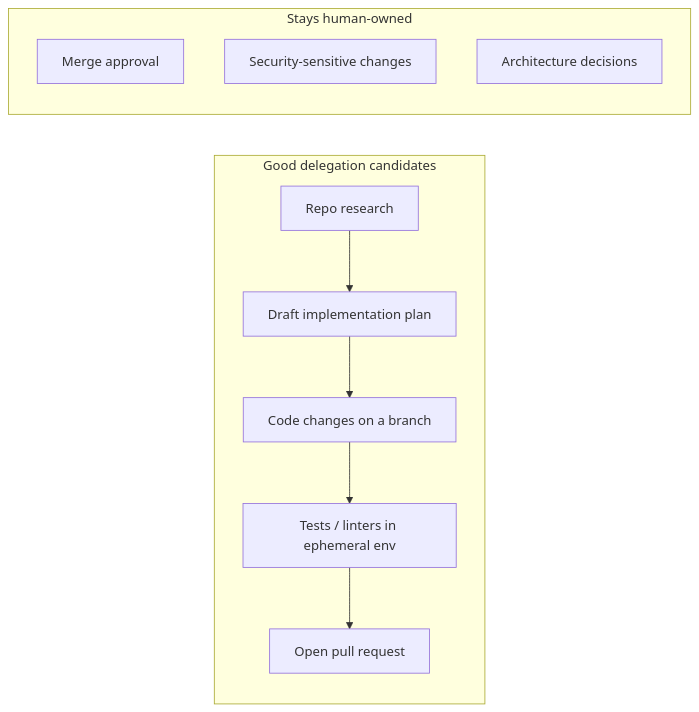
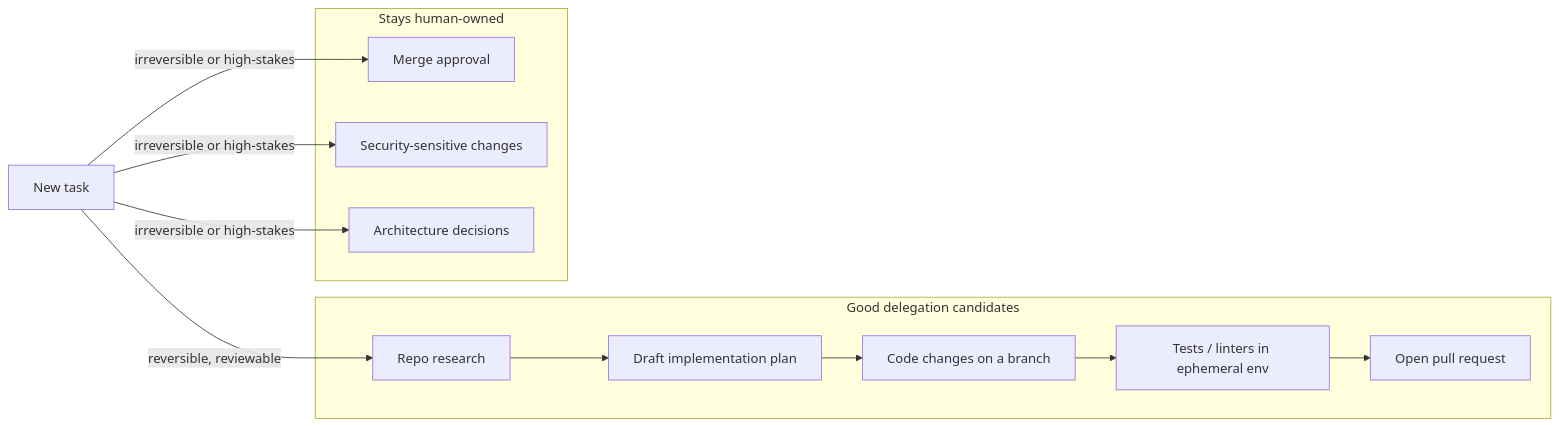
Before and after one commit to ajeetchouksey/ajch_skillup: the first of 2 diagrams in content/skillup/gh600/notes/gh600-d1-prepare-agent-architecture-and-sdlc-processes.md, drawn with Mermaid. The commit also changed other lines of this file and 6 other files, not shown here.

First line of the commit message:
fix(gh600): diagram-craft QA pass — fix violations, add captions to all 11 diagrams

````diff
--- a/content/skillup/gh600/notes/gh600-d1-prepare-agent-architecture-and-sdlc-processes.md
+++ b/content/skillup/gh600/notes/gh600-d1-prepare-agent-architecture-and-sdlc-processes.md
@@ -21,14 +21,18 @@
 ```mermaid
 graph LR
+    Start[New task] -->|reversible, reviewable| R
+    Start -->|irreversible or high-stakes| M
+    Start -->|irreversible or high-stakes| S
+    Start -->|irreversible or high-stakes| A
     subgraph "Good delegation candidates"
         R[Repo research] --> P[Draft implementation plan]
         P --> B[Code changes on a branch]
         B --> T[Tests / linters in ephemeral env]
         T --> PR[Open pull request]
     end
     subgraph "Stays human-owned"
         M[Merge approval]
         S[Security-sensitive changes]
         A[Architecture decisions]
     end
 ```
````
